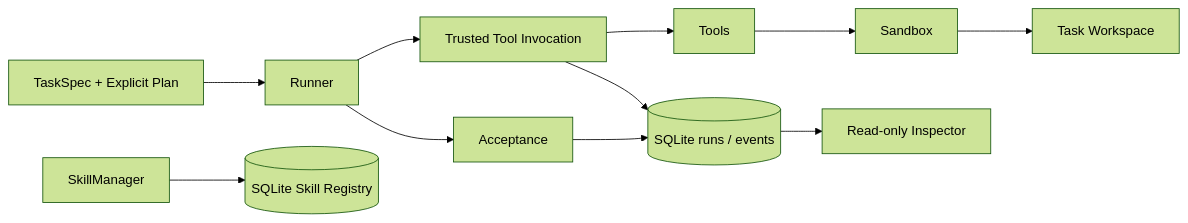
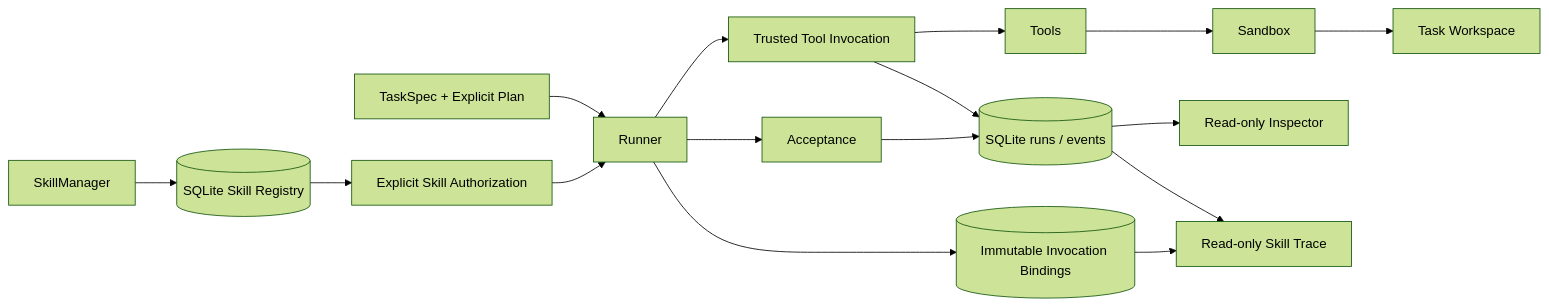
The diagram in README.md (startuo/Axis-EVO), drawn with Mermaid (forest theme) before and after one commit. The commit also changed other lines of this file and 6 other files, not shown here.

````diff
--- a/README.md
+++ b/README.md
@@ -141,13 +169,18 @@
 ```mermaid
 flowchart LR
     Task[TaskSpec + Explicit Plan] --> Runner
     Runner --> Core[Trusted Tool Invocation]
     Core --> Tools
     Tools --> Sandbox
     Sandbox --> Workspace[Task Workspace]
     Core --> Facts[(SQLite runs / events)]
     Runner --> Acceptance
     Acceptance --> Facts
     Facts --> Inspector[Read-only Inspector]
     Skills[SkillManager] --> Registry[(SQLite Skill Registry)]
+    Registry --> Binding[Explicit Skill Authorization]
+    Binding --> Runner
+    Runner --> Bindings[(Immutable Invocation Bindings)]
+    Bindings --> SkillTrace[Read-only Skill Trace]
+    Facts --> SkillTrace
 ```
````
